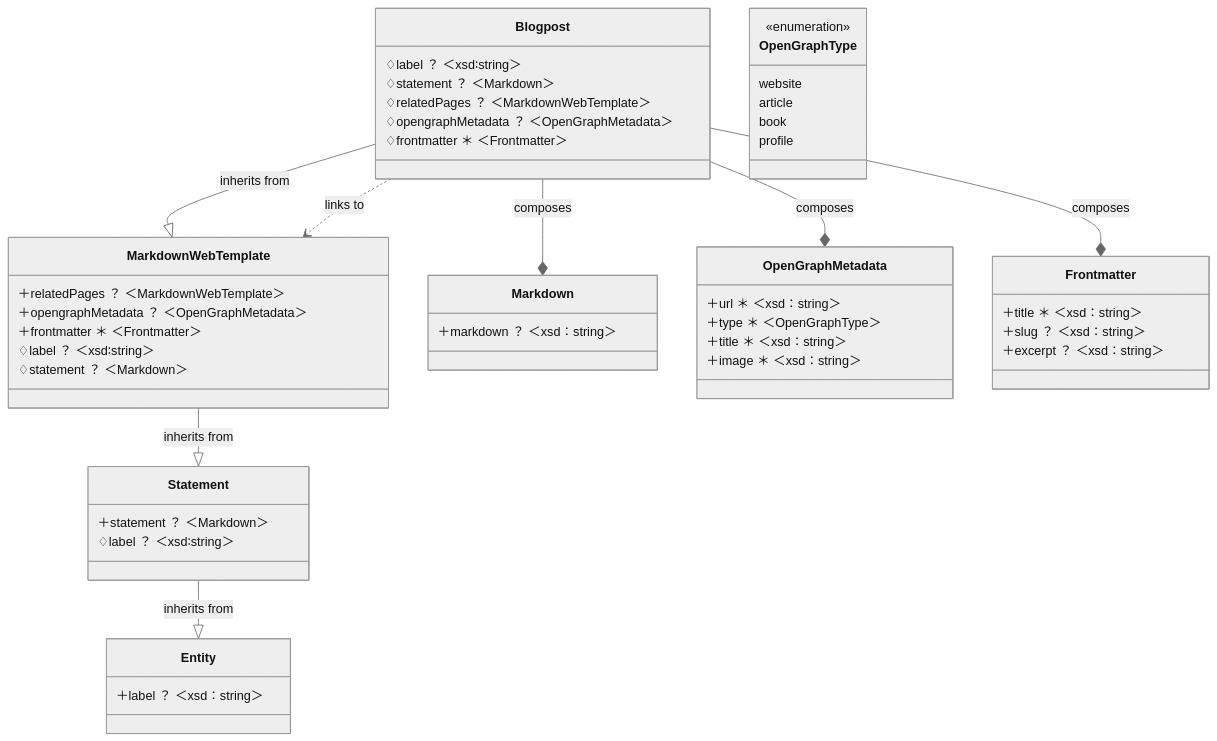
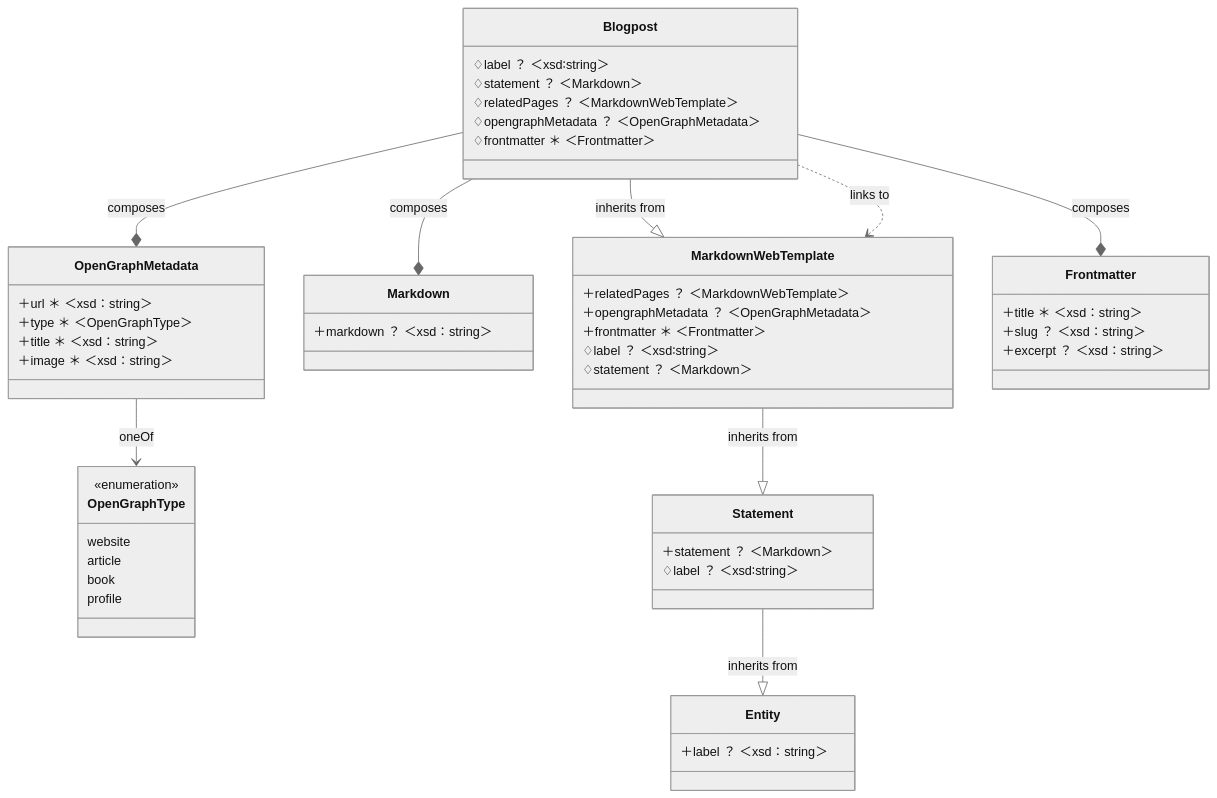
Before and after one commit to dfrnt-com/gatsby-gql-template: the diagram in README.md, drawn with Mermaid (neutral theme).

Commit message:
Updaetd to add link to OpenGraphType

````diff
--- a/README.md
+++ b/README.md
@@ -58,52 +58,53 @@
 ```mermaid
 classDiagram
   `Blogpost` --|> `MarkdownWebTemplate` : inherits from
   `Blogpost` ..> `MarkdownWebTemplate` : links to
   `Blogpost` --* `Markdown` : composes
   `Blogpost` --* `OpenGraphMetadata` : composes
   `Blogpost` --* `Frontmatter` : composes
+  `OpenGraphMetadata` --> `OpenGraphType` : oneOf
   class `Blogpost` {
     ♢label ？  ＜xsd∶string＞
     ♢statement ？  ＜Markdown＞
     ♢relatedPages ？  ＜MarkdownWebTemplate＞
     ♢opengraphMetadata ？  ＜OpenGraphMetadata＞
     ♢frontmatter ＊  ＜Frontmatter＞
   }
   `MarkdownWebTemplate` --|> `Statement` : inherits from
   class `MarkdownWebTemplate` {
     ＋relatedPages ？  ＜MarkdownWebTemplate＞
     ＋opengraphMetadata ？  ＜OpenGraphMetadata＞
     ＋frontmatter ＊  ＜Frontmatter＞
     ♢label ？  ＜xsd∶string＞
     ♢statement ？  ＜Markdown＞
   }
   `Statement` --|> `Entity` : inherits from
   class `Statement` {
     ＋statement ？  ＜Markdown＞
     ♢label ？  ＜xsd∶string＞
   }
   class `Entity` {
     ＋label ？  ＜xsd∶string＞
   }
   class `Markdown` {
     ＋markdown ？  ＜xsd∶string＞
   }
   class `OpenGraphMetadata` {
     ＋url ＊  ＜xsd∶string＞
     ＋type ＊  ＜OpenGraphType＞
     ＋title ＊  ＜xsd∶string＞
     ＋image ＊  ＜xsd∶string＞
   }
   class `Frontmatter` {
     ＋title ＊  ＜xsd∶string＞
     ＋slug ？  ＜xsd∶string＞
     ＋excerpt ？  ＜xsd∶string＞
   }
   class `OpenGraphType` {
     <<enumeration>>
     website
     article
     book
     profile
   }
 ```
````
